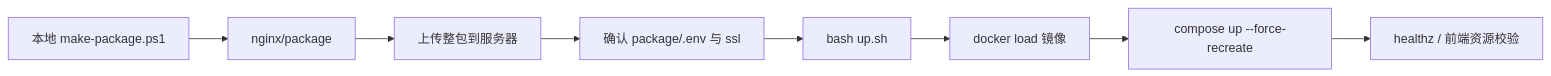
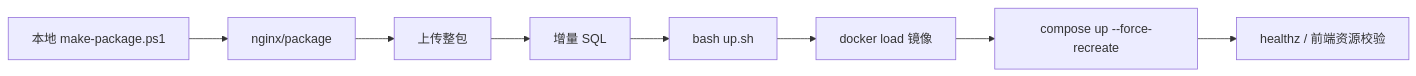
Before and after one commit to pluchon/mengmeng_forum: diagram 21 of 23 in README.md, drawn with Mermaid. The commit also changed other lines of this file, not shown here.

````diff
--- a/README.md
+++ b/README.md
@@ -605,10 +789,10 @@
 ```mermaid
 flowchart LR
   Local[本地 make-package.ps1] --> Pack[nginx/package]
-  Pack --> Upload[上传整包到服务器]
-  Upload --> Env[确认 package/.env 与 ssl]
-  Env --> Up[bash up.sh]
+  Pack --> Upload[上传整包]
+  Upload --> SQL[增量 SQL]
+  SQL --> Up[bash up.sh]
   Up --> Load[docker load 镜像]
   Load --> Recreate[compose up --force-recreate]
   Recreate --> Check[healthz / 前端资源校验]
 ```
````
